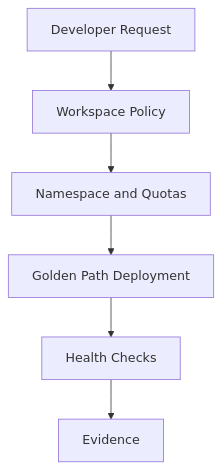
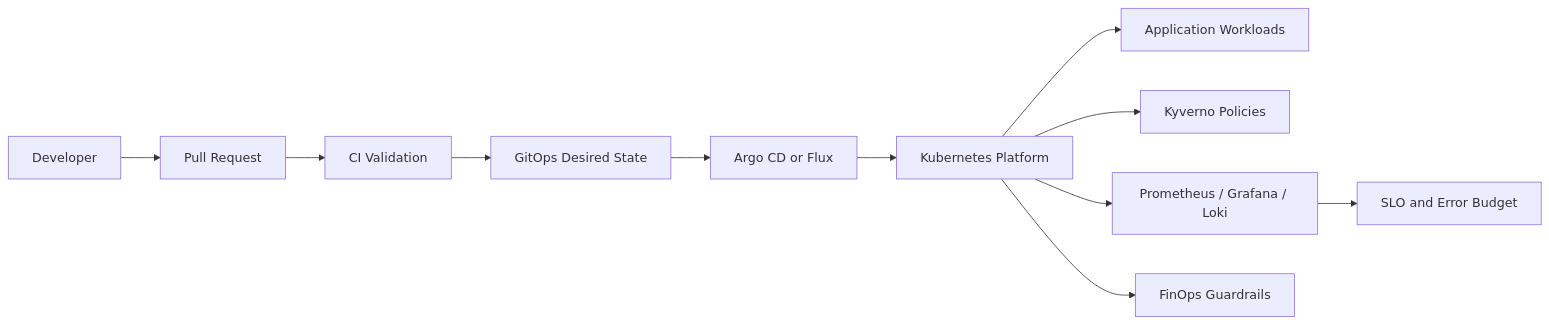
One commit to alexcgodwin/internal-developer-platform changed the diagram in docs/architecture.md. Above: the diagram before and after it, drawn with Mermaid. The commit also changed other lines of this file and 2 other files, not shown here.

Commit message:
Upgrade platform documentation and validation

````diff
--- a/docs/architecture.md
+++ b/docs/architecture.md
@@ -3,8 +3,13 @@
 ```mermaid
-flowchart TD
-    A[Developer Request] --> B[Workspace Policy]
-    B --> C[Namespace and Quotas]
-    C --> D[Golden Path Deployment]
-    D --> E[Health Checks]
-    E --> F[Evidence]
+flowchart LR
+  DEV[Developer] --> PR[Pull Request]
+  PR --> CI[CI Validation]
+  CI --> GIT[GitOps Desired State]
+  GIT --> CTRL[Argo CD or Flux]
+  CTRL --> K8S[Kubernetes Platform]
+  K8S --> APP[Application Workloads]
+  K8S --> POL[Kyverno Policies]
+  K8S --> OBS[Prometheus / Grafana / Loki]
+  K8S --> FIN[FinOps Guardrails]
+  OBS --> SLO[SLO and Error Budget]
 ```
````
